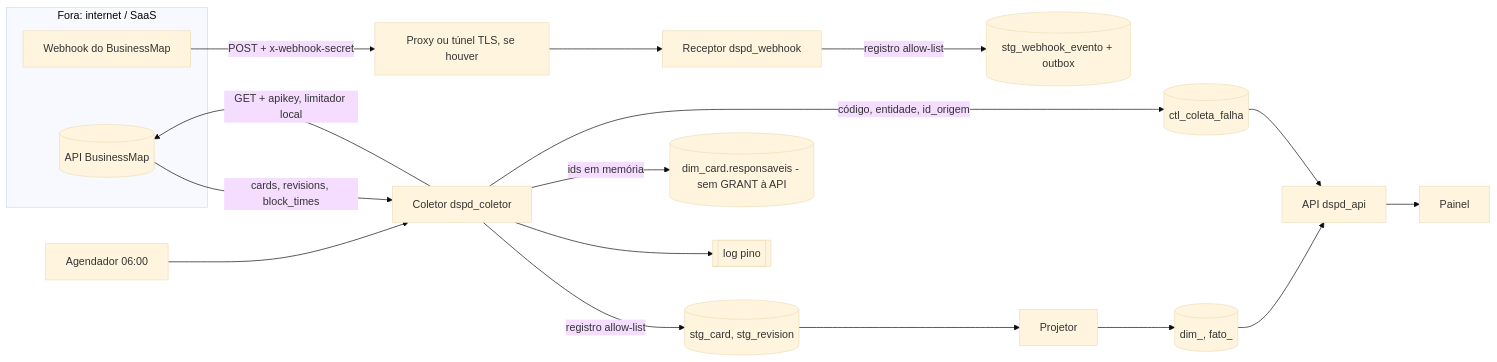
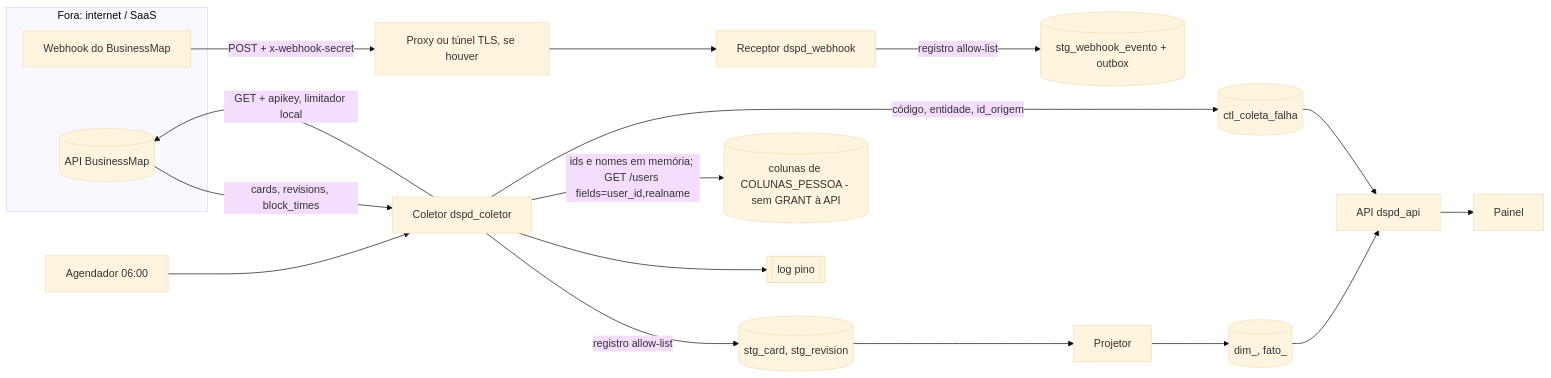
The diagram in docs/security/052-integracao-businessmap-ameacas.md (rodrigo-isensee/MetricasDSPD), drawn with Mermaid (base theme) before and after one commit. The commit also changed other lines of this file, not shown here.

````diff
--- a/docs/security/052-integracao-businessmap-ameacas.md
+++ b/docs/security/052-integracao-businessmap-ameacas.md
@@ -20,19 +20,19 @@
 ```mermaid
 flowchart LR
   subgraph EXT[Fora: internet / SaaS]
     BM[(API BusinessMap)]
     BMW[Webhook do BusinessMap]
   end
   PROXY[Proxy ou túnel TLS, se houver] 
   BMW -->|POST + x-webhook-secret| PROXY --> WH[Receptor dspd_webhook]
   AG[Agendador 06:00] --> CO[Coletor dspd_coletor]
   CO -->|GET + apikey, limitador local| BM
   BM -->|cards, revisions, block_times| CO
   CO -->|registro allow-list| STG[(stg_card, stg_revision)]
-  CO -->|ids em memória| RESP[(dim_card.responsaveis - sem GRANT à API)]
+  CO -->|ids e nomes em memória; GET /users fields=user_id,realname| RESP[(colunas de COLUNAS_PESSOA - sem GRANT à API)]
   WH -->|registro allow-list| STGW[(stg_webhook_evento + outbox)]
   CO -->|código, entidade, id_origem| CTL[(ctl_coleta_falha)]
   CO --> LOG[[log pino]]
   STG --> PR[Projetor] --> DIM[(dim_, fato_)] --> API[API dspd_api] --> WEB[Painel]
   CTL --> API
 ```
````
